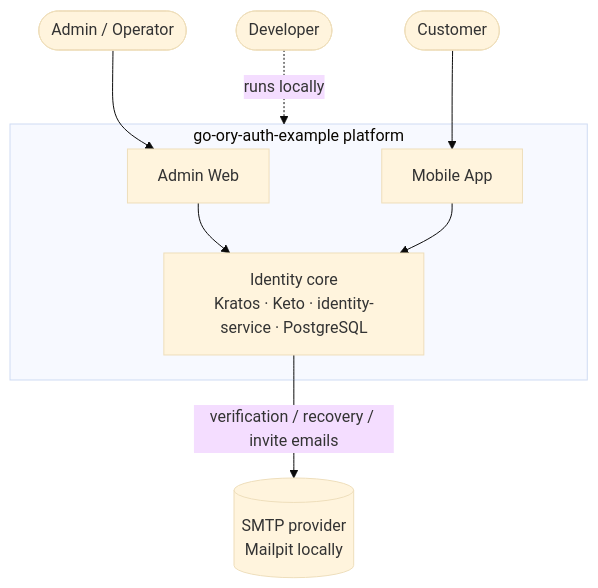
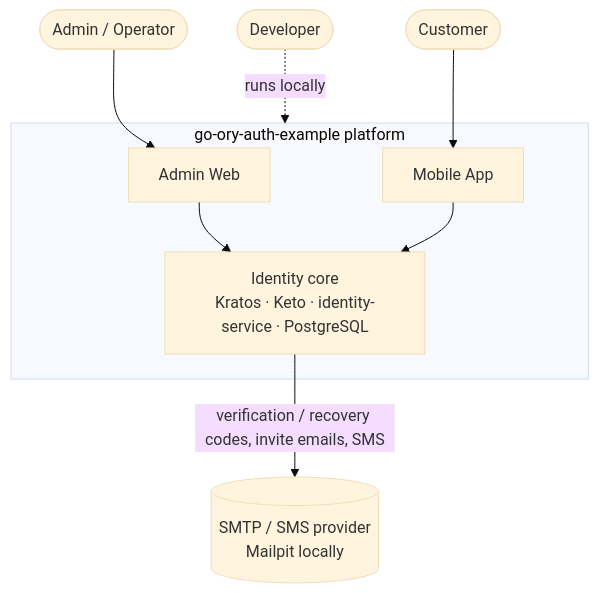
Before and after one commit to doitsu2014/go-ory-auth-example: the first of 2 diagrams in docs/architecture/01-overview.md, drawn with Mermaid (base theme). The commit also changed other lines of this file and 220 other files, not shown here.

````diff
--- a/docs/architecture/01-overview.md
+++ b/docs/architecture/01-overview.md
@@ -19,21 +24,21 @@
 ```mermaid
 flowchart TB
   admin([Admin / Operator])
   customer([Customer])
   dev([Developer])
 
   subgraph platform [go-ory-auth-example platform]
     web[Admin Web]
     app[Mobile App]
     core[Identity core<br/>Kratos · Keto · identity-service · PostgreSQL]
   end
 
-  smtp[(SMTP provider<br/>Mailpit locally)]
+  smtp[(SMTP / SMS provider<br/>Mailpit locally)]
 
   admin --> web
   customer --> app
   web --> core
   app --> core
-  core -- verification / recovery / invite emails --> smtp
+  core -- verification / recovery codes, invite emails, SMS --> smtp
   dev -. runs locally .-> platform
 ```
````
